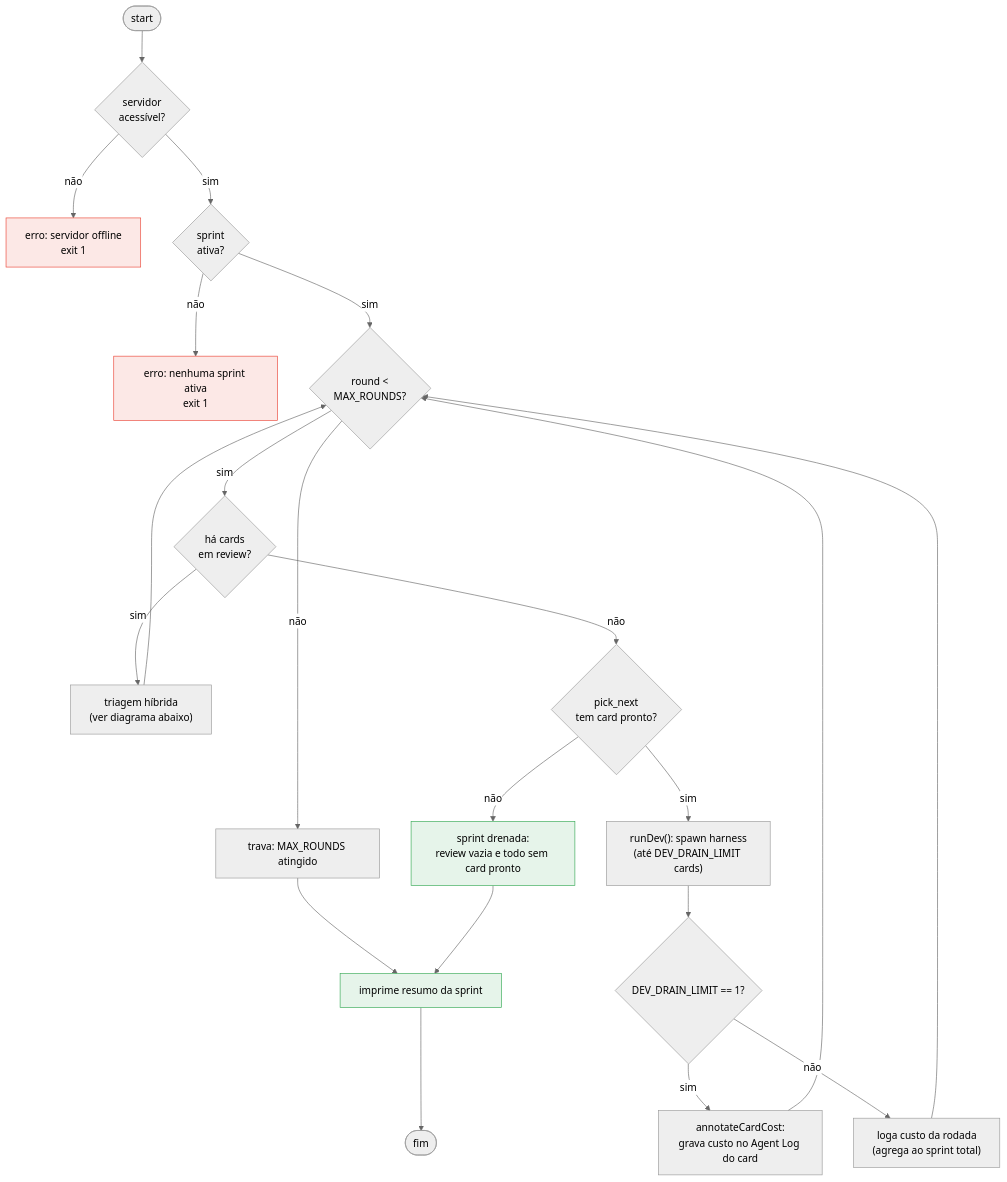
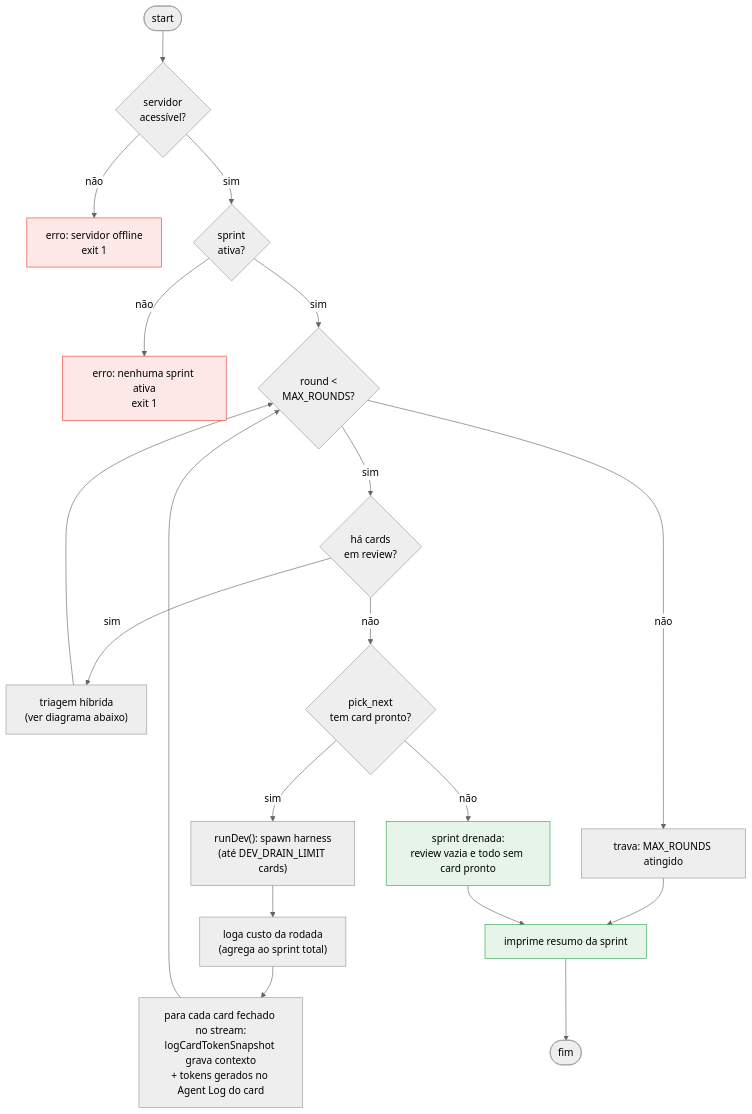
The third of 9 diagrams in docs/for-agents/sprint-workflow.md (kauelopes/obsidianban), drawn with Mermaid (neutral theme) before and after one commit. The commit also changed other lines of this file and 29 other files, not shown here.

First line of the commit message:
feat: rastreia tokens de cache e custo medido por card, alerta de idle no workflow

````diff
--- a/docs/for-agents/sprint-workflow.md
+++ b/docs/for-agents/sprint-workflow.md
@@ -109,33 +109,31 @@
 ```mermaid
 flowchart TD
     START(["start"]) --> HEALTH{"servidor<br/>acessível?"}
     HEALTH -->|não| FAIL1["erro: servidor offline<br/>exit 1"]
     HEALTH -->|sim| SPRINT{"sprint<br/>ativa?"}
     SPRINT -->|não| FAIL2["erro: nenhuma sprint ativa<br/>exit 1"]
     SPRINT -->|sim| ROUND{"round <<br/>MAX_ROUNDS?"}
 
     ROUND -->|não| STOP["trava: MAX_ROUNDS atingido"]
     ROUND -->|sim| REVIEW{"há cards<br/>em review?"}
 
     REVIEW -->|sim| TRIAGE["triagem híbrida<br/>(ver diagrama abaixo)"]
     TRIAGE --> ROUND
 
     REVIEW -->|não| READY{"pick_next<br/>tem card pronto?"}
     READY -->|sim| RUNDEV["runDev(): spawn harness<br/>(até DEV_DRAIN_LIMIT cards)"]
-    RUNDEV --> COST{"DEV_DRAIN_LIMIT == 1?"}
-    COST -->|sim| ANNOTATE["annotateCardCost:<br/>grava custo no Agent Log do card"]
-    COST -->|não| LOG["loga custo da rodada<br/>(agrega ao sprint total)"]
-    ANNOTATE --> ROUND
-    LOG --> ROUND
+    RUNDEV --> LOG["loga custo da rodada<br/>(agrega ao sprint total)"]
+    LOG --> SNAP["para cada card fechado no stream:<br/>logCardTokenSnapshot grava contexto<br/>+ tokens gerados no Agent Log do card"]
+    SNAP --> ROUND
 
     READY -->|não| DRAINED["sprint drenada:<br/>review vazia e todo sem card pronto"]
 
     STOP --> SUMMARY["imprime resumo da sprint"]
     DRAINED --> SUMMARY
     SUMMARY --> END(["fim"])
 
     classDef ok fill:#e6f4ea,stroke:#34a853;
     classDef err fill:#fce8e6,stroke:#ea4335;
     class FAIL1,FAIL2 err;
     class DRAINED,SUMMARY ok;
 ```
````
